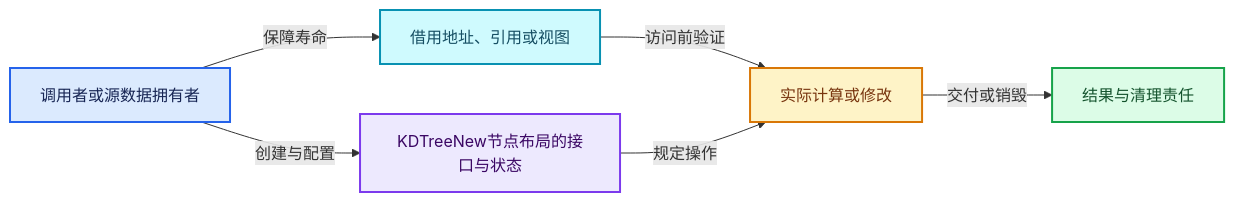
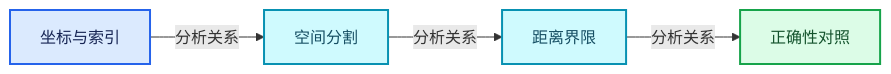
One commit to yunkezengren/blender-.vscode changed the third of 4 diagrams in 杂/markdown/全面学习-codex/12-空间数据结构与几何算法/02-KDTreeNew节点布局.md. Above: the diagram before and after it, drawn with Mermaid. The commit also changed other lines of this file and 1930 other files, not shown here.

````diff
--- a/杂/markdown/全面学习-codex/12-空间数据结构与几何算法/02-KDTreeNew节点布局.md
+++ b/杂/markdown/全面学习-codex/12-空间数据结构与几何算法/02-KDTreeNew节点布局.md
@@ -419,19 +57,16 @@
 ```mermaid
 flowchart LR
-  O["调用者或源数据拥有者"]:::input
-  V["KDTreeNew节点布局的接口与状态"]:::abstraction
-  B["借用地址、引用或视图"]:::data
-  W["实际计算或修改"]:::compute
-  R["结果与清理责任"]:::result
-  O -->|"创建与配置"| V
-  O -->|"保障寿命"| B
-  B -->|"访问前验证"| W
-  V -->|"规定操作"| W
-  W -->|"交付或销毁"| R
+  P0["坐标与索引"]:::input
+  P1["空间分割"]:::data
+  P2["距离界限"]:::data
+  P3["正确性对照"]:::result
+  P0 -->|"分析关系"| P1
+  P1 -->|"分析关系"| P2
+  P2 -->|"分析关系"| P3
   classDef input fill:#DBEAFE,stroke:#2563EB,color:#172554,stroke-width:2px;
   classDef data fill:#CFFAFE,stroke:#0891B2,color:#164E63,stroke-width:2px;
   classDef abstraction fill:#EDE9FE,stroke:#7C3AED,color:#3B0764,stroke-width:2px;
   classDef compute fill:#FEF3C7,stroke:#D97706,color:#78350F,stroke-width:2px;
   classDef result fill:#DCFCE7,stroke:#16A34A,color:#14532D,stroke-width:2px;
   classDef error fill:#FEE2E2,stroke:#DC2626,color:#7F1D1D,stroke-width:2px;
 ```
````
